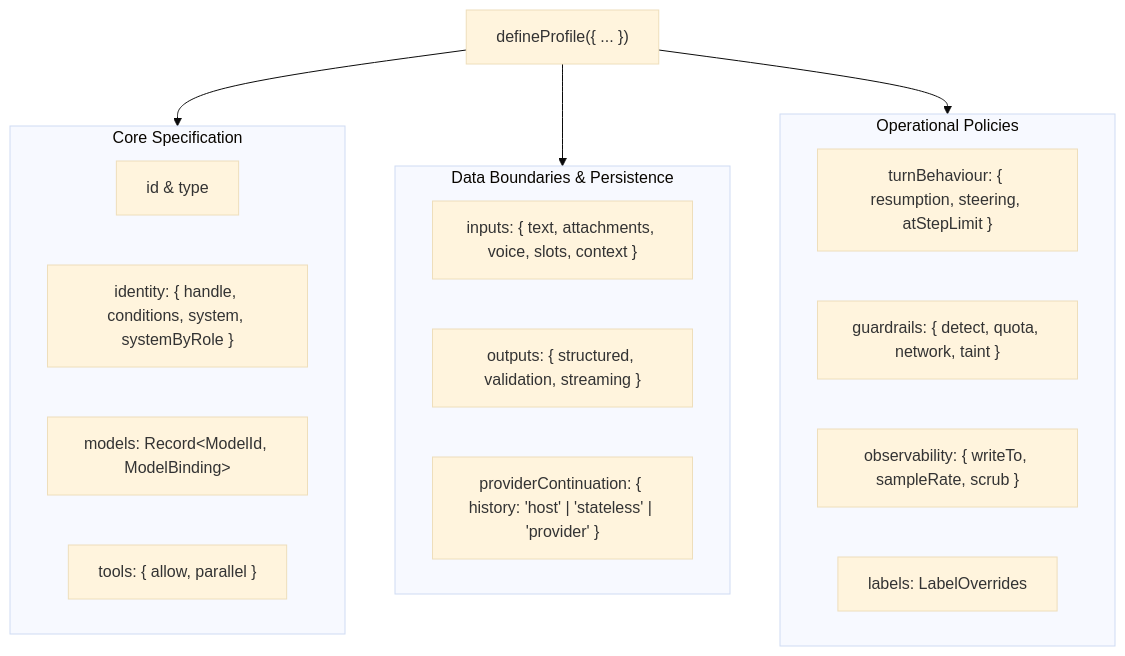
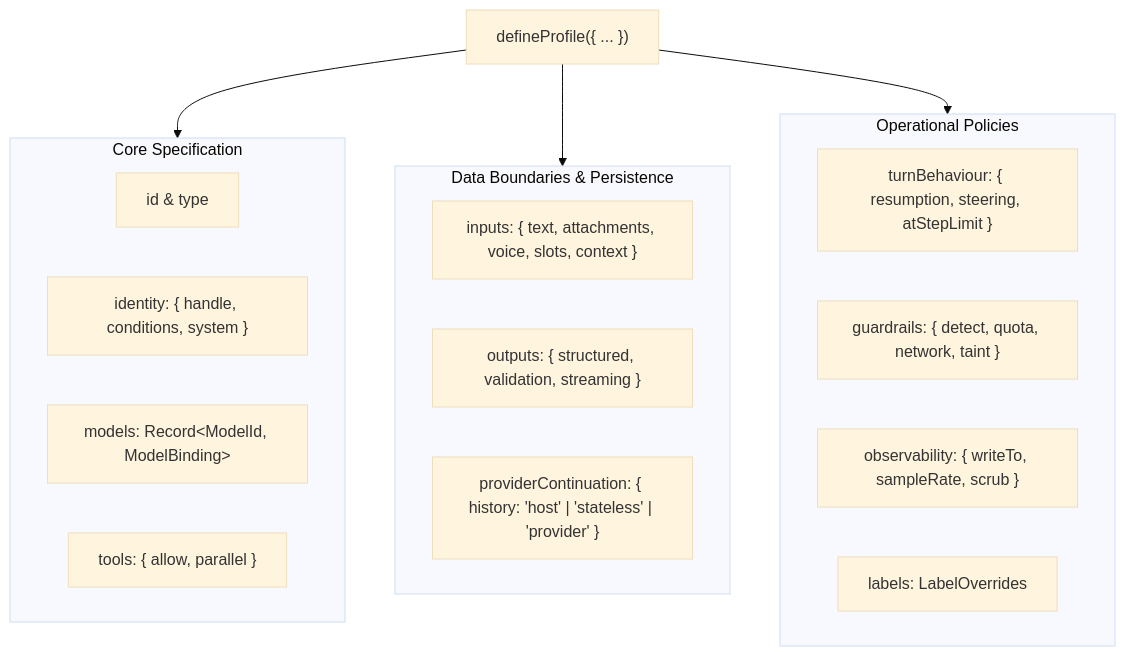
One commit to masudl-hub/theoremai changed the first of 2 diagrams in docs/writing/publicdocumentation/2-1-profiles.md. Above: the diagram before and after it, drawn with Mermaid (base theme). The commit also changed other lines of this file and 29 other files, not shown here.

````diff
--- a/docs/writing/publicdocumentation/2-1-profiles.md
+++ b/docs/writing/publicdocumentation/2-1-profiles.md
@@ -13,28 +13,28 @@
 ```mermaid
 graph TD
     Profile["defineProfile({ ... })"]
 
     subgraph CoreContract["Core Specification"]
         IdType["id & type"]
-        Identity["identity: { handle, conditions, system, systemByRole }"]
+        Identity["identity: { handle, conditions, system }"]
         Models["models: Record&lt;ModelId, ModelBinding&gt;"]
         Tools["tools: { allow, parallel }"]
     end
 
     subgraph DataBoundaries["Data Boundaries & Persistence"]
         Inputs["inputs: { text, attachments, voice, slots, context }"]
         Outputs["outputs: { structured, validation, streaming }"]
         ProviderContinuation["providerContinuation: { history: 'host' | 'stateless' | 'provider' }"]
     end
 
     subgraph OperationalPolicies["Operational Policies"]
         TurnBehaviour["turnBehaviour: { resumption, steering, atStepLimit }"]
         Guardrails["guardrails: { detect, quota, network, taint }"]
         Observability["observability: { writeTo, sampleRate, scrub }"]
         Labels["labels: LabelOverrides"]
     end
 
     Profile --> CoreContract
     Profile --> DataBoundaries
     Profile --> OperationalPolicies
 ```
````
